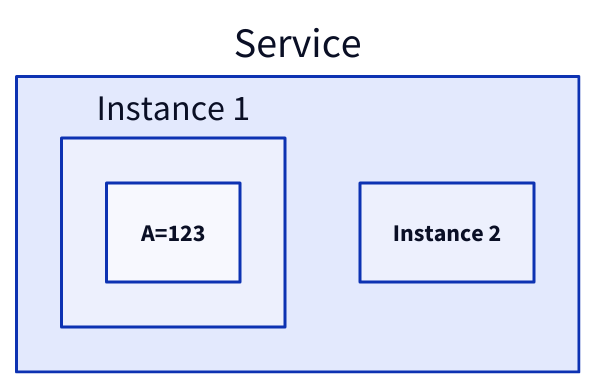
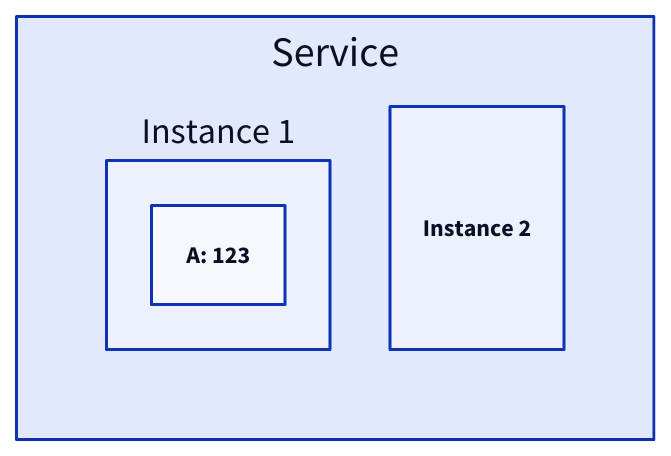
Before and after one commit to link1905/system-design-101: the first of 7 diagrams in content/docs/design-patterns/caching-patterns.md, drawn with D2. The commit also changed other lines of this file and 11 other files, not shown here.

````diff
--- a/content/docs/design-patterns/caching-patterns.md
+++ b/content/docs/design-patterns/caching-patterns.md
@@ -22,8 +21,9 @@
 ```d2
 s: Service {
+    grid-rows: 1
     i1: Instance 1 {
-        "A=123"
-    } 
+        "A: 123"
+    }
     i2: Instance 2
 }
 ```
````
